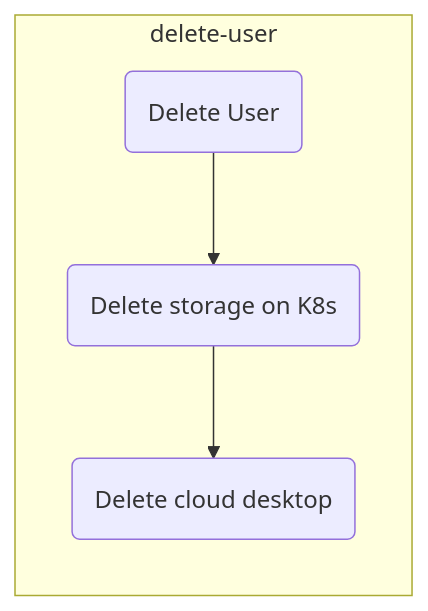
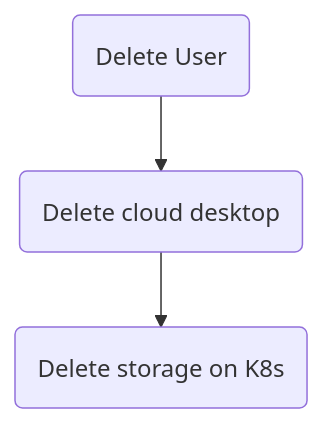
The diagram in clouddesktop/operation-guide/graphs/lifecycle-delete.mmd (campusrover/DEPRECATED-Use-Labnotebook2-Instead), drawn with Mermaid before and after one commit. The commit also changed 3 other files, not shown here.

Commit message:
Update graphs

```diff
--- a/clouddesktop/operation-guide/graphs/lifecycle-delete.mmd
+++ b/clouddesktop/operation-guide/graphs/lifecycle-delete.mmd
@@ -1,8 +1,6 @@
-graph LR
+graph TB
     delete-user(Delete User)
     delete-storage(Delete storage on K8s)
     delete-desktop(Delete cloud desktop)
     
-    subgraph du [delete-user]
-    delete-user --> delete-storage --> delete-desktop
-    end
+    delete-user --> delete-desktop --> delete-storage
```
